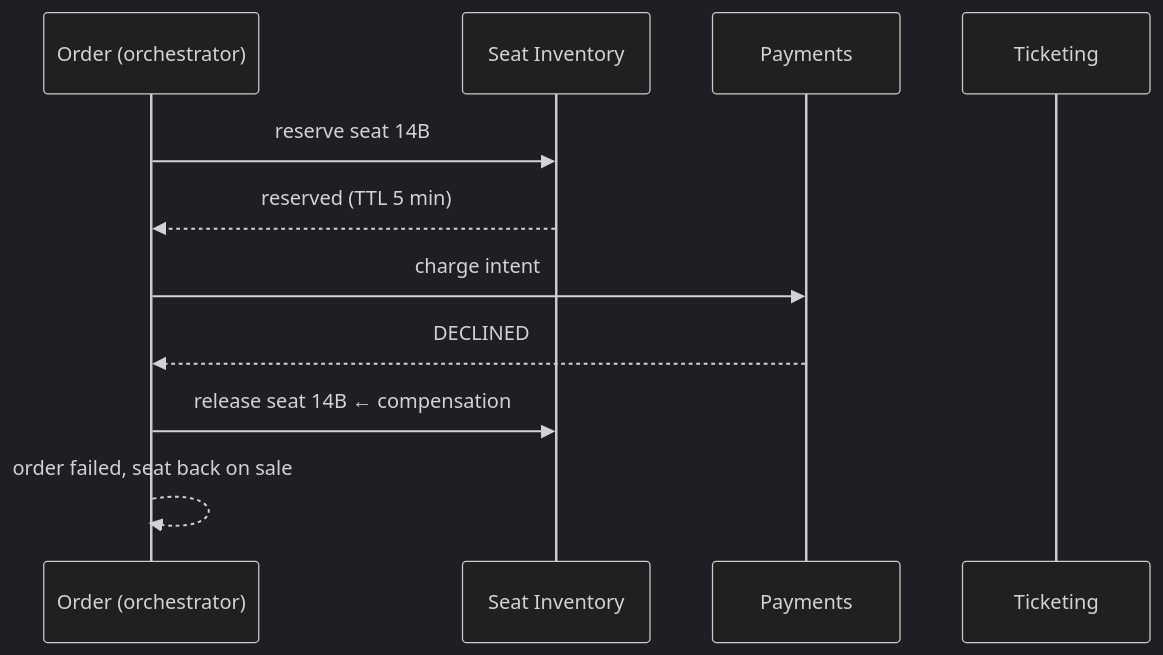
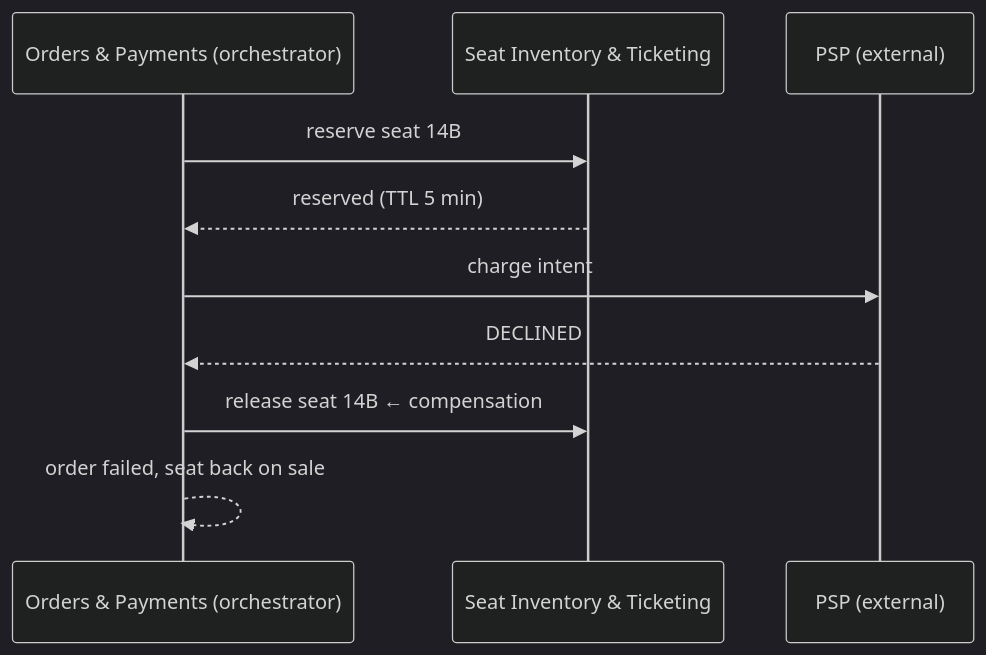
Diagram 12 of 23 in README.md (oleksiyp/arch-book), drawn with Mermaid (dark theme) before and after one commit. The commit also changed other lines of this file, not shown here.

```diff
--- a/README.md
+++ b/README.md
@@ -1007,13 +1054,12 @@
 <pre class="mermaid">
 sequenceDiagram
-    participant O as Order (orchestrator)
-    participant I as Seat Inventory
-    participant P as Payments
-    participant T as Ticketing
+    participant O as Orders & Payments (orchestrator)
+    participant I as Seat Inventory & Ticketing
+    participant P as PSP (external)
     O->>I: reserve seat 14B
     I-->>O: reserved (TTL 5 min)
     O->>P: charge intent #881
     P-->>O: DECLINED
     O->>I: release seat 14B ← compensation
     O-->>O: order failed, seat back on sale
 </pre>
```
